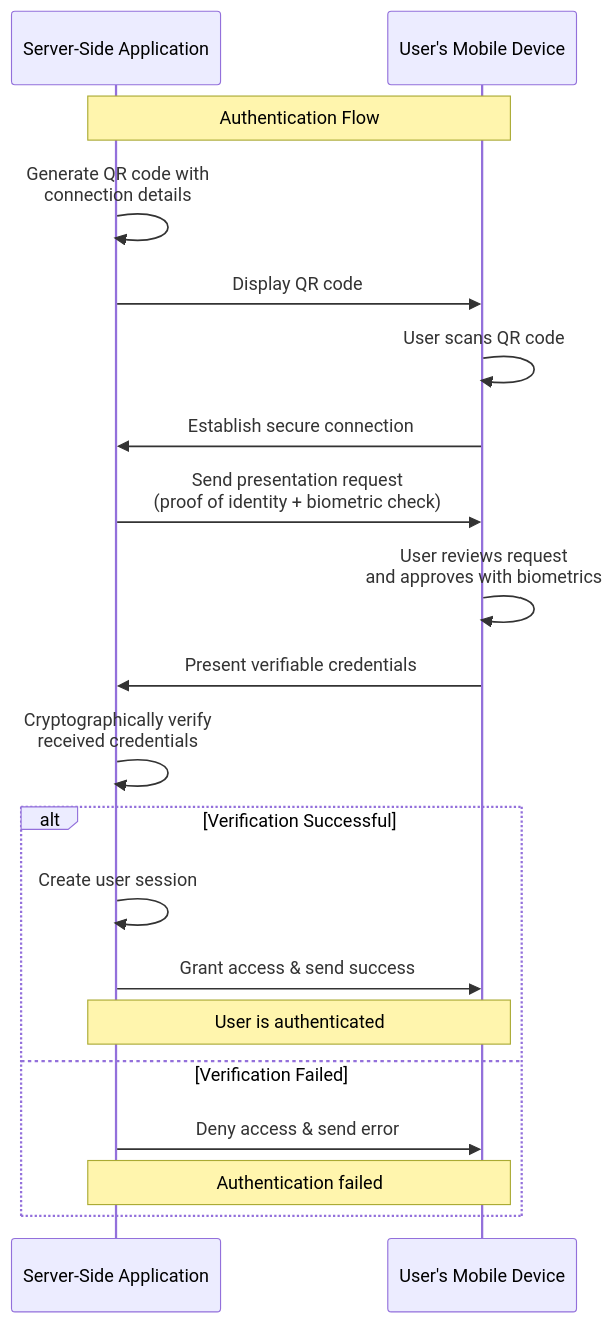
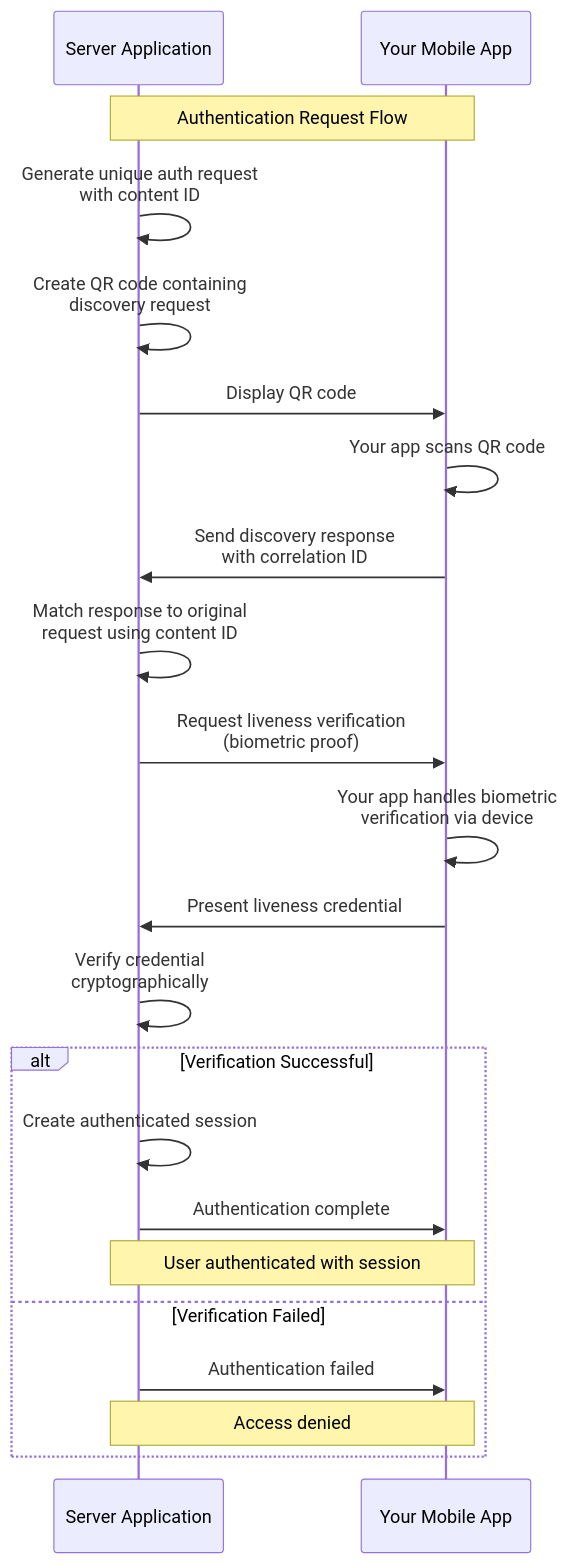
Before and after one commit to joinself/academy: the diagram in docs/solutions/authentication.md, drawn with Mermaid. The commit also changed other lines of this file, not shown here.

Commit message:
adapt authentication.md

````diff
--- a/docs/solutions/authentication.md
+++ b/docs/solutions/authentication.md
@@ -45,27 +59,31 @@
 ```mermaid  
 sequenceDiagram
-    participant Server as Server-Side Application
-    participant Mobile as User's Mobile Device
+    participant Server as Server Application
+    participant Mobile as Your Mobile App
     
-    Note over Server, Mobile: Authentication Flow
+    Note over Server, Mobile: Authentication Request Flow
     
-    Server->>Server: Generate QR code with<br/>connection details
+    Server->>Server: Generate unique auth request<br/>with content ID
+    Server->>Server: Create QR code containing<br/>discovery request
     Server->>Mobile: Display QR code
-    Mobile->>Mobile: User scans QR code
-    Mobile->>Server: Establish secure connection
     
-    Server->>Mobile: Send presentation request<br/>(proof of identity + biometric check)
-    Mobile->>Mobile: User reviews request<br/>and approves with biometrics
-    Mobile->>Server: Present verifiable credentials
+    Mobile->>Mobile: Your app scans QR code
+    Mobile->>Server: Send discovery response<br/>with correlation ID
     
-    Server->>Server: Cryptographically verify<br/>received credentials
+    Server->>Server: Match response to original<br/>request using content ID
+    Server->>Mobile: Request liveness verification<br/>(biometric proof)
+    
+    Mobile->>Mobile: Your app handles biometric<br/>verification via device
+    Mobile->>Server: Present liveness credential
+    
+    Server->>Server: Verify credential<br/>cryptographically
     
     alt Verification Successful
-        Server->>Server: Create user session
-        Server->>Mobile: Grant access & send success
-        Note over Server, Mobile: User is authenticated
+        Server->>Server: Create authenticated session
+        Server->>Mobile: Authentication complete
+        Note over Server, Mobile: User authenticated with session
     else Verification Failed
-        Server->>Mobile: Deny access & send error
-        Note over Server, Mobile: Authentication failed
+        Server->>Mobile: Authentication failed
+        Note over Server, Mobile: Access denied
     end
 ```
````
